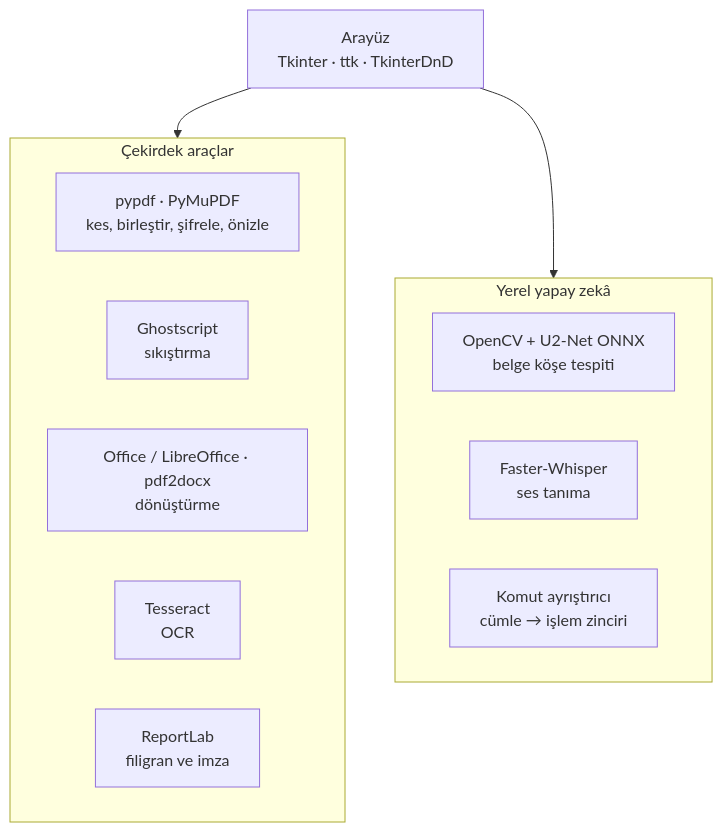
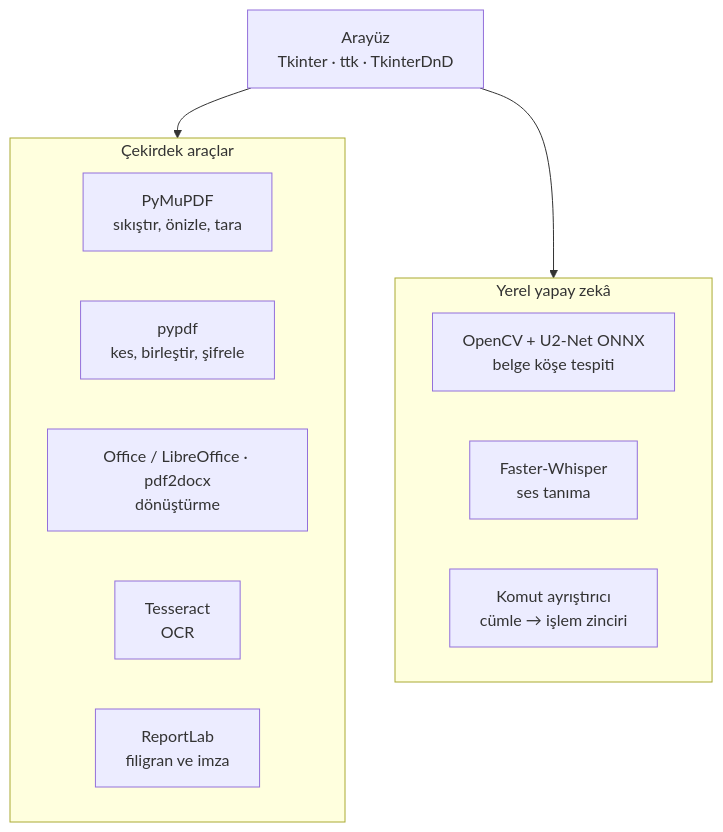
The first of 2 diagrams in README.md (AsirCan/PDFAura), drawn with Mermaid before and after one commit. The commit also changed other lines of this file and 29 other files, not shown here.

First line of the commit message:
feat(compress): compress with PyMuPDF so users no longer install Ghostscript

````diff
--- a/README.md
+++ b/README.md
@@ -203,20 +203,20 @@
 ```mermaid
 flowchart TB
     UI["Arayüz<br/>Tkinter · ttk · TkinterDnD"]
     subgraph CORE["Çekirdek araçlar"]
         direction LR
-        P1["pypdf · PyMuPDF<br/>kes, birleştir, şifrele, önizle"]
-        P2["Ghostscript<br/>sıkıştırma"]
+        P1["PyMuPDF<br/>sıkıştır, önizle, tara"]
+        P2["pypdf<br/>kes, birleştir, şifrele"]
         P3["Office / LibreOffice · pdf2docx<br/>dönüştürme"]
         P4["Tesseract<br/>OCR"]
         P5["ReportLab<br/>filigran ve imza"]
     end
     subgraph AI["Yerel yapay zekâ"]
         direction LR
         A1["OpenCV + U2-Net ONNX<br/>belge köşe tespiti"]
         A2["Faster-Whisper<br/>ses tanıma"]
         A3["Komut ayrıştırıcı<br/>cümle → işlem zinciri"]
     end
     UI --> CORE
     UI --> AI
 ```
````
